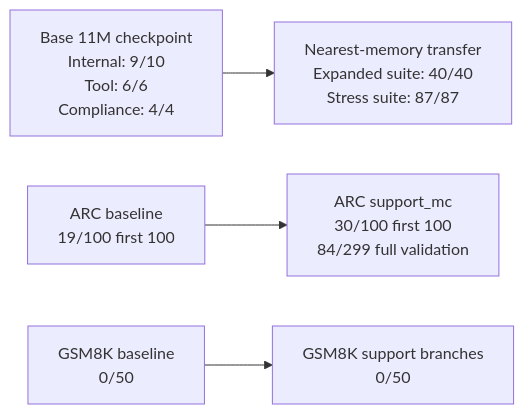
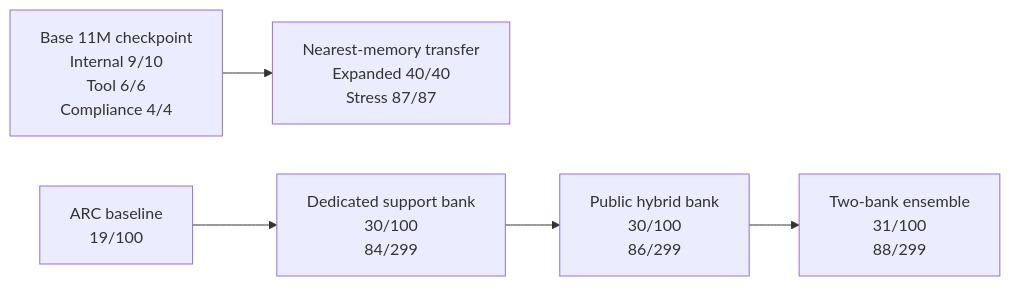
One commit to NAME0x0/AVA changed the third of 3 diagrams in README.md. Above: the diagram before and after it, drawn with Mermaid. The commit also changed other lines of this file and 196 other files, not shown here.

Commit message:
feat(research): document ARC ensemble gains and harden benchmark CI

````diff
--- a/README.md
+++ b/README.md
@@ -33,6 +54,17 @@
 ```mermaid
 flowchart LR
-    A["Base 11M checkpoint<br/>Internal: 9/10<br/>Tool: 6/6<br/>Compliance: 4/4"] --> B["Nearest-memory transfer<br/>Expanded suite: 40/40<br/>Stress suite: 87/87"]
-    C["ARC baseline<br/>19/100 first 100"] --> D["ARC support_mc<br/>30/100 first 100<br/>84/299 full validation"]
-    E["GSM8K baseline<br/>0/50"] --> F["GSM8K support branches<br/>0/50"]
+    A["Base 11M checkpoint
+Internal 9/10
+Tool 6/6
+Compliance 4/4"] --> B["Nearest-memory transfer
+Expanded 40/40
+Stress 87/87"]
+    C["ARC baseline
+19/100"] --> D["Dedicated support bank
+30/100
+84/299"] --> E["Public hybrid bank
+30/100
+86/299"] --> F["Two-bank ensemble
+31/100
+88/299"]
 ```
````
